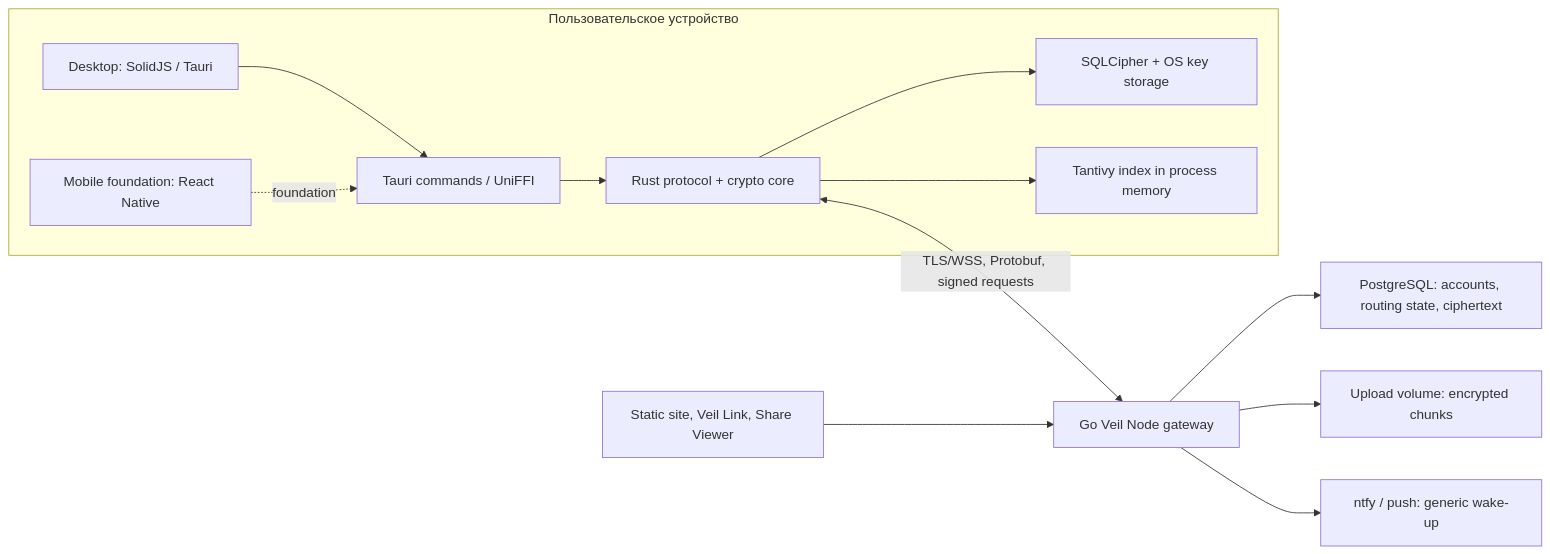
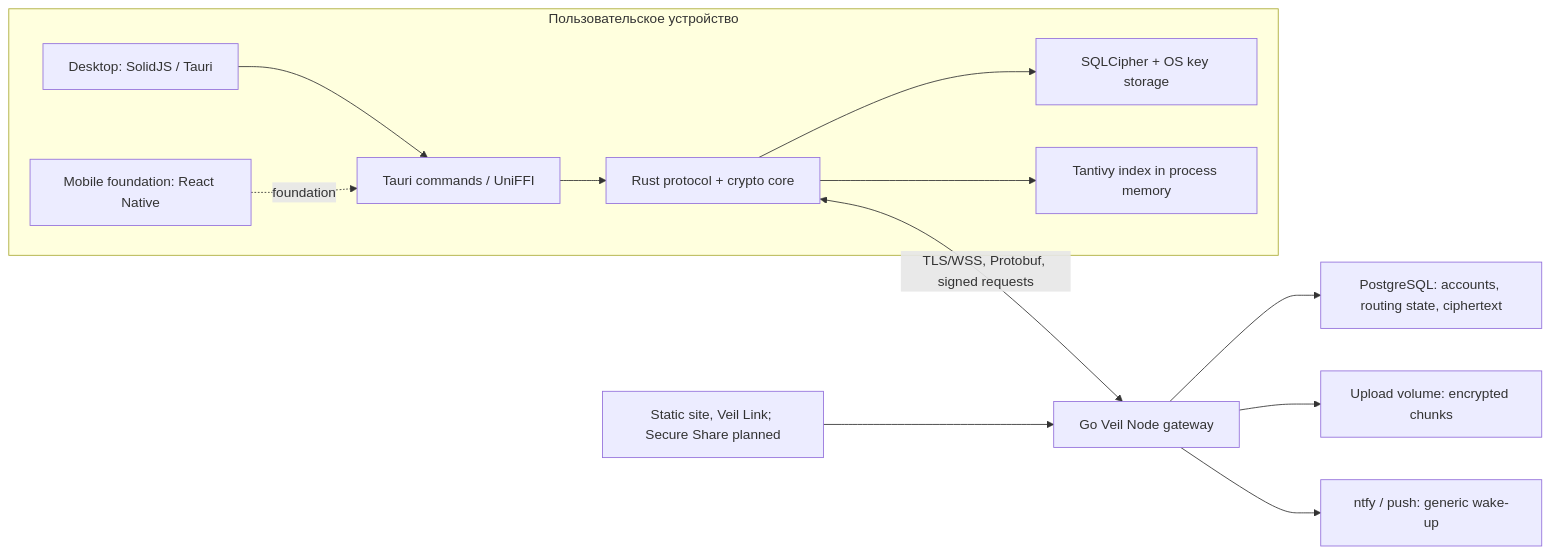
The diagram in docs/architecture.md (NaveLIL/veil), drawn with Mermaid before and after one commit. The commit also changed other lines of this file and 7 other files, not shown here.

Commit message:
docs: plan node administration and secure share

```diff
--- a/docs/architecture.md
+++ b/docs/architecture.md
@@ -9,23 +9,23 @@
 ~~~mermaid
 flowchart LR
     subgraph Device["Пользовательское устройство"]
         UI["Desktop: SolidJS / Tauri"]
         Mobile["Mobile foundation: React Native"]
         FFI["Tauri commands / UniFFI"]
         Core["Rust protocol + crypto core"]
         Store["SQLCipher + OS key storage"]
         Search["Tantivy index in process memory"]
 
         UI --> FFI
         Mobile -. "foundation" .-> FFI
         FFI --> Core
         Core --> Store
         Core --> Search
     end
 
     Core <-->|"TLS/WSS, Protobuf, signed requests"| Node["Go Veil Node gateway"]
     Node --> DB["PostgreSQL: accounts, routing state, ciphertext"]
     Node --> Uploads["Upload volume: encrypted chunks"]
     Node --> Push["ntfy / push: generic wake-up"]
-    Browser["Static site, Veil Link, Share Viewer"] --> Node
+    Browser["Static site, Veil Link; Secure Share planned"] --> Node
 ~~~
```
